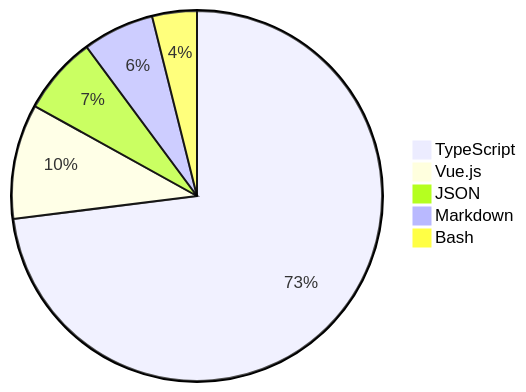
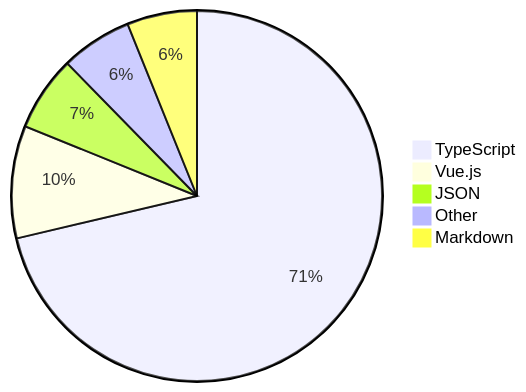
The diagram in README.md (skvggor/skvggor), drawn with Mermaid before and after one commit.

Commit message:
Updated waka-readme graph with new metrics

````diff
--- a/README.md
+++ b/README.md
@@ -39,8 +39,8 @@
 ```mermaid
 pie
-    "TypeScript" : 65.5
+    "TypeScript" : 65.4
     "Vue.js" : 9.0
-    "JSON" : 6.1
+    "JSON" : 6.0
+    "Other" : 5.7
     "Markdown" : 5.6
-    "Bash" : 3.5
 ```
````
